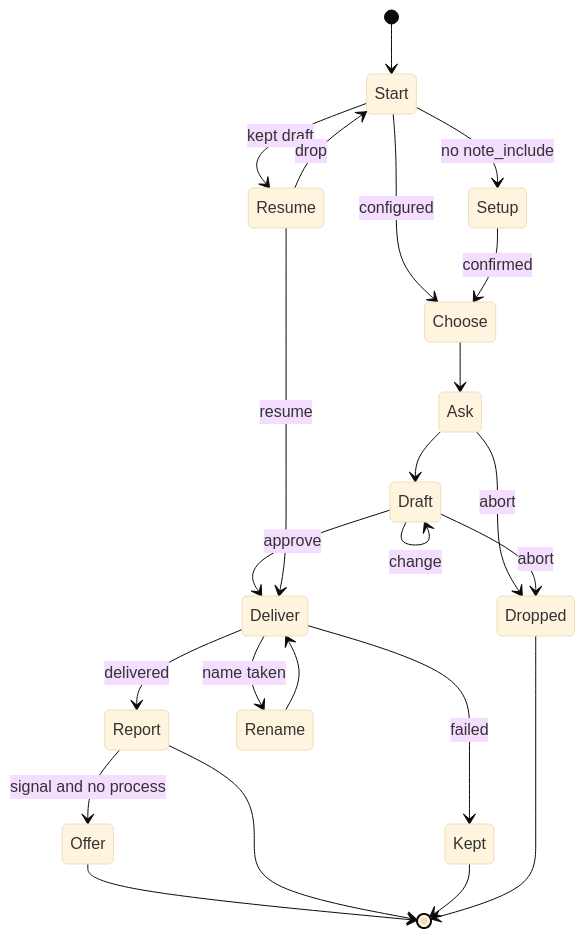
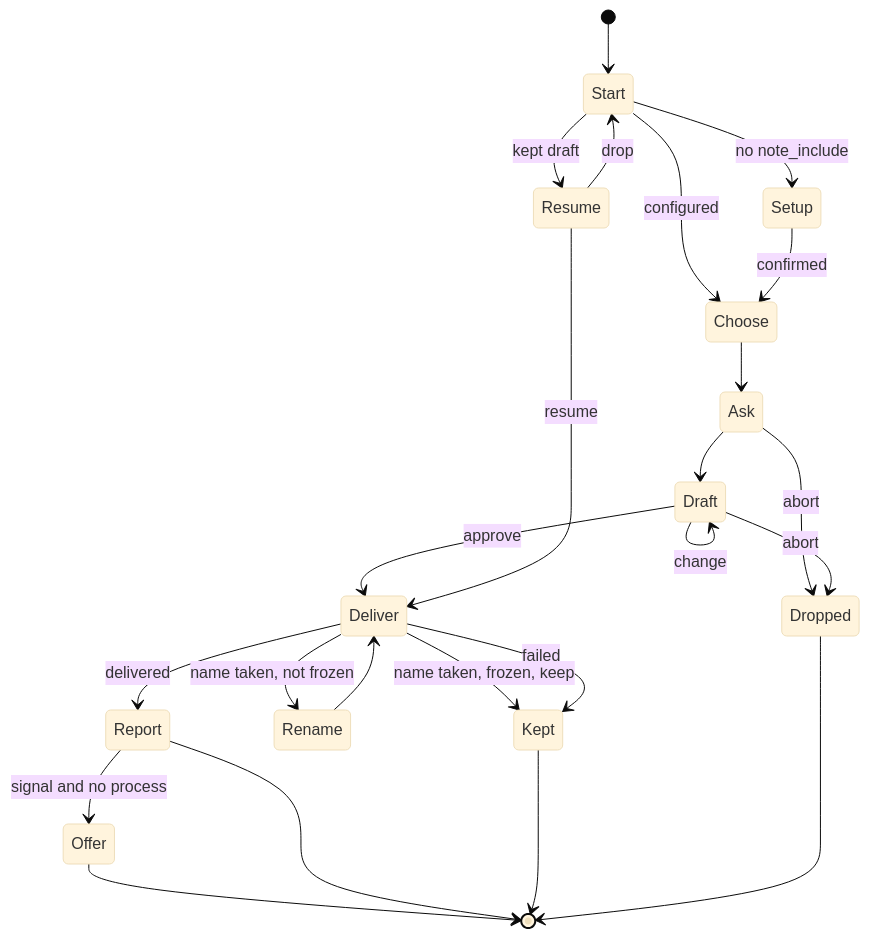
Before and after one commit to MMoMM-org/miyo-tomo: the fourth of 4 diagrams in docs/XDD/specs/044-note-from-template/solution.md, drawn with Mermaid (base theme). The commit also changed other lines of this file and 4 other files, not shown here.

First line of the commit message:
fix(tomo): branch /note's name clash on the script's frozen verdict (#169)

````diff
--- a/docs/XDD/specs/044-note-from-template/solution.md
+++ b/docs/XDD/specs/044-note-from-template/solution.md
@@ -853,25 +854,26 @@
 ```mermaid
 stateDiagram-v2
     [*] --> Start
     Start --> Resume: kept draft
     Start --> Setup: no note_include
     Start --> Choose: configured
     Setup --> Choose: confirmed
     Choose --> Ask
     Ask --> Draft
     Draft --> Draft: change
     Draft --> Deliver: approve
     Deliver --> Report: delivered
-    Deliver --> Rename: name taken
+    Deliver --> Rename: name taken, not frozen
+    Deliver --> Kept: name taken, frozen, keep
     Rename --> Deliver
     Deliver --> Kept: failed
     Report --> Offer: signal and no process
     Offer --> [*]
     Report --> [*]
     Ask --> Dropped: abort
     Draft --> Dropped: abort
     Resume --> Deliver: resume
     Resume --> Start: drop
     Kept --> [*]
     Dropped --> [*]
 ```
````
